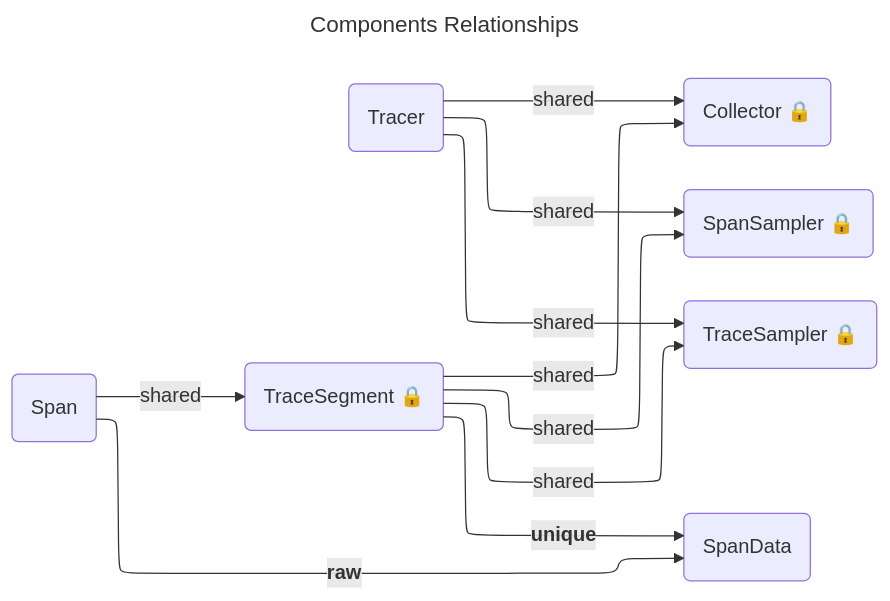
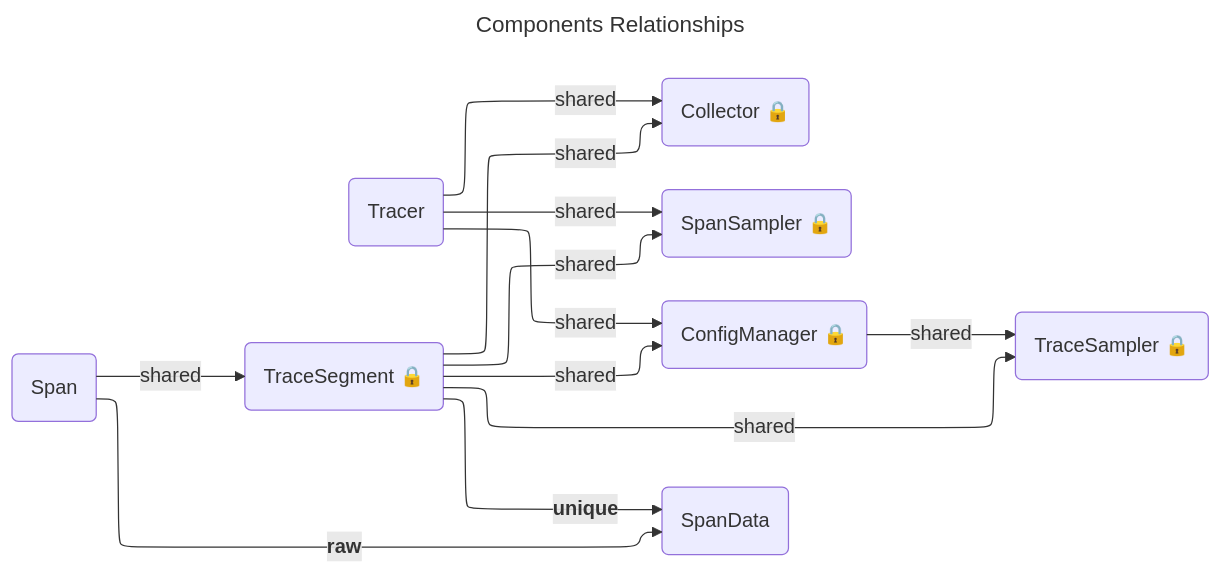
One commit to DataDog/dd-trace-cpp changed the second of 2 diagrams in docs/design.md. Above: the diagram before and after it, drawn with Mermaid. The commit also changed other lines of this file and 16 other files, not shown here.

````diff
--- a/docs/design.md
+++ b/docs/design.md
@@ -288,12 +269,14 @@
 ```mermaid
 ---
 title: Components Relationships
 config:
   layout: elk
 ---
 graph LR;
-  Tracer(Tracer) & TraceSegment("TraceSegment 🔒")-- shared -->Collector("Collector 🔒") & SpanSampler("SpanSampler 🔒") & TraceSampler("TraceSampler 🔒")
+  Tracer(Tracer) & TraceSegment("TraceSegment 🔒")-- shared -->Collector("Collector 🔒") & SpanSampler("SpanSampler 🔒")
+  Tracer & TraceSegment-- shared -->ConfigManager("ConfigManager 🔒")
+  ConfigManager & TraceSegment-- shared -->TraceSampler("TraceSampler 🔒")
   TraceSegment-- "`**unique**`" -->SpanData(SpanData)
   Span(Span)-- shared -->TraceSegment
   Span-- "`**raw**`" -->SpanData
 ```
````
